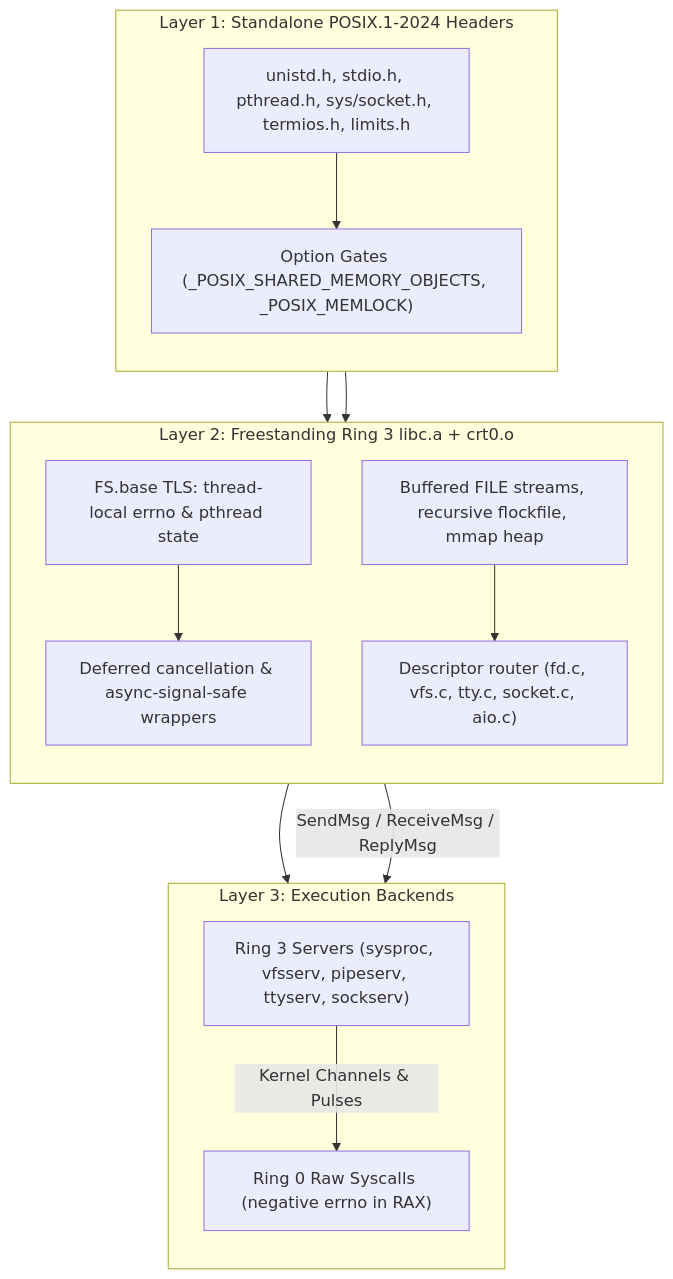
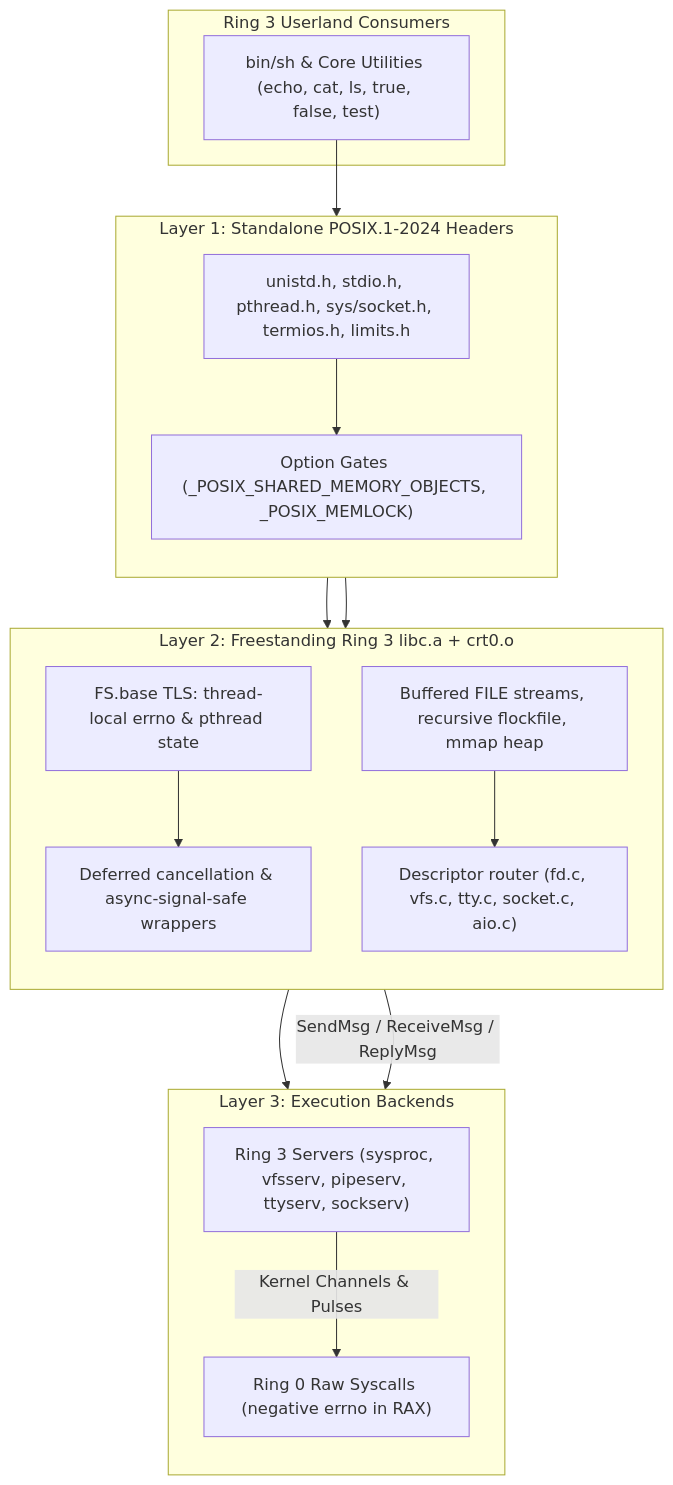
The diagram in docs/30-architecture/libc.md (Deniz-Eren/microkernel), drawn with Mermaid before and after one commit. The commit also changed 26 other files, not shown here.

First line of the commit message:
feat(bin): add Ring 3 POSIX.1-2024 XCU shell (sh) and core utilities

````diff
--- a/docs/30-architecture/libc.md
+++ b/docs/30-architecture/libc.md
@@ -22,31 +22,36 @@
 ```mermaid
 flowchart TD
+    subgraph L0["Ring 3 Userland Consumers"]
+        SH["bin/sh & Core Utilities (echo, cat, ls, true, false, test)"]
+    end
+
     subgraph L1["Layer 1: Standalone POSIX.1-2024 Headers"]
         direction TB
         HDR["unistd.h, stdio.h, pthread.h, sys/socket.h, termios.h, limits.h"]
         OPT["Option Gates (_POSIX_SHARED_MEMORY_OBJECTS, _POSIX_MEMLOCK)"]
         HDR --> OPT
     end
 
     subgraph L2["Layer 2: Freestanding Ring 3 libc.a + crt0.o"]
         direction TB
         TLS["FS.base TLS: thread-local errno & pthread state"]
         STDIO["Buffered FILE streams, recursive flockfile, mmap heap"]
         CANCEL["Deferred cancellation & async-signal-safe wrappers"]
         ROUTER["Descriptor router (fd.c, vfs.c, tty.c, socket.c, aio.c)"]
         TLS --> CANCEL
         STDIO --> ROUTER
     end
 
     subgraph L3["Layer 3: Execution Backends"]
         direction TB
         RAW["Ring 0 Raw Syscalls (negative errno in RAX)"]
         SRVS["Ring 3 Servers (sysproc, vfsserv, pipeserv, ttyserv, sockserv)"]
     end
 
+    SH --> HDR
     OPT --> TLS
     OPT --> STDIO
     CANCEL --> RAW
     ROUTER -->|"SendMsg / ReceiveMsg / ReplyMsg"| SRVS
     SRVS -->|"Kernel Channels & Pulses"| RAW
 ```
````
